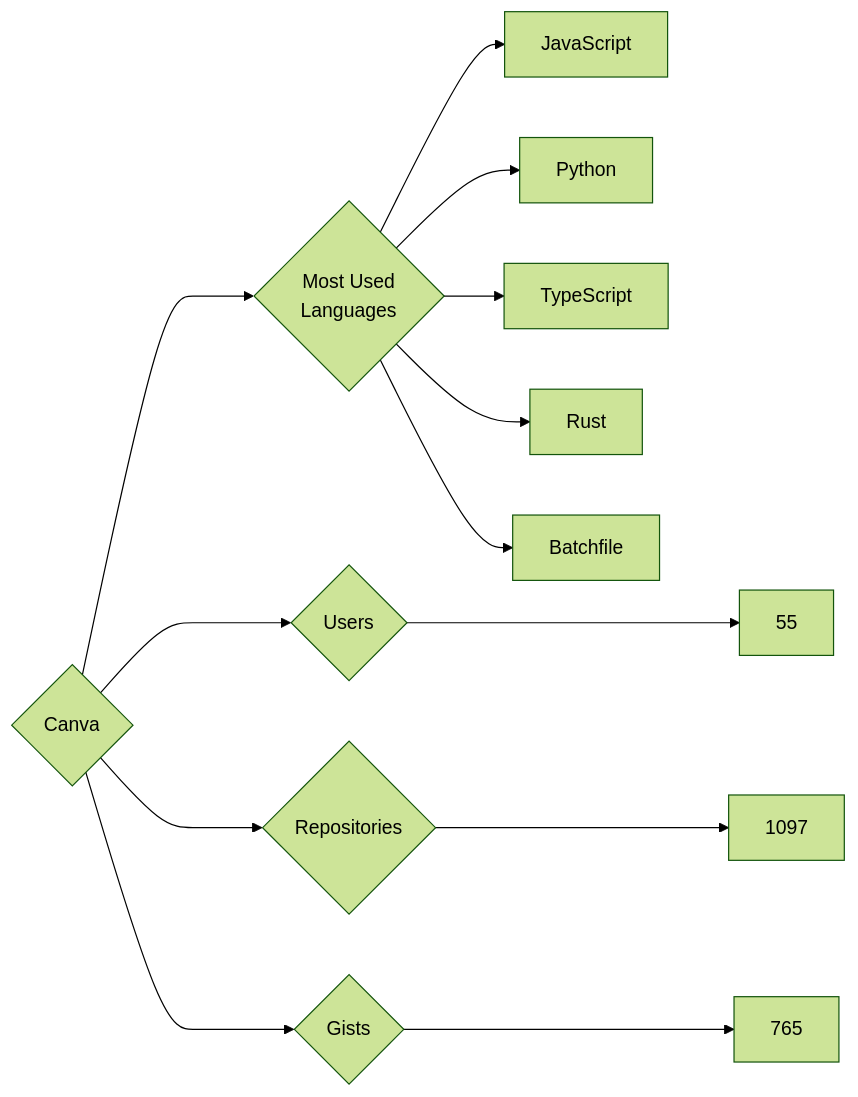
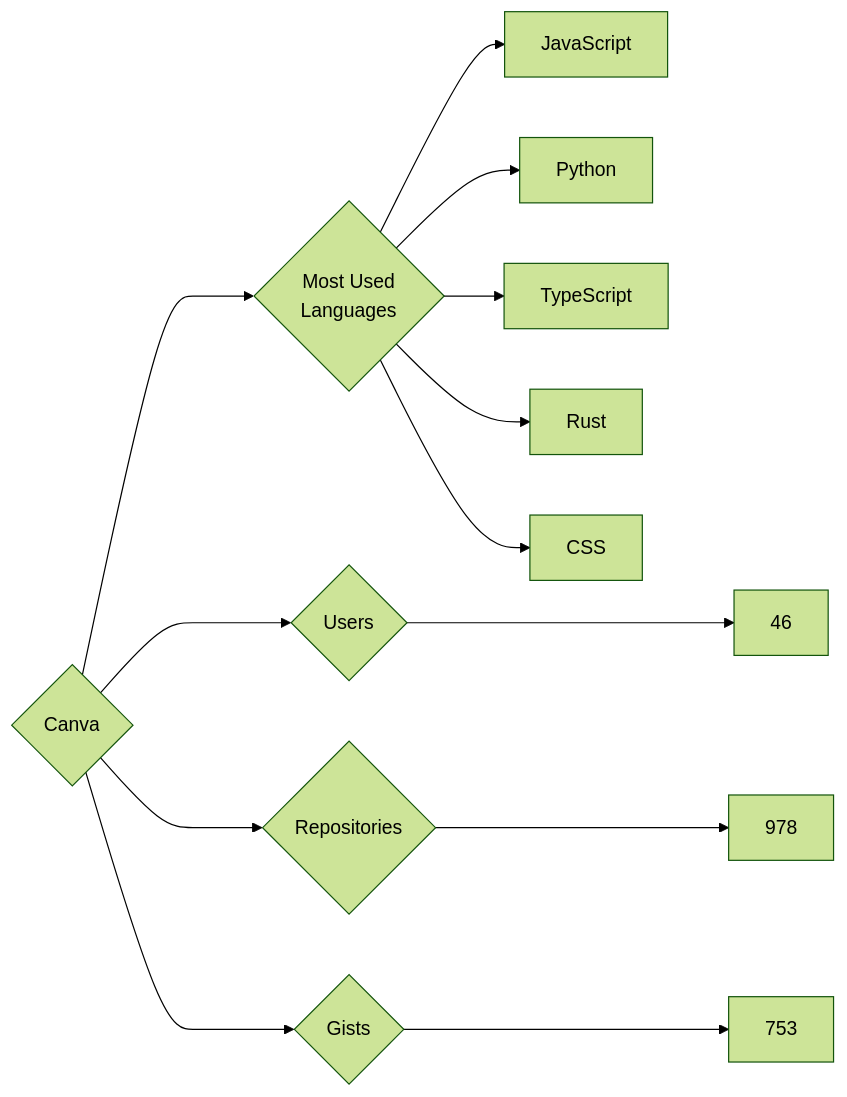
Before and after one commit to trickest/insiders: the diagram in targets/Canva/README.md, drawn with Mermaid (forest theme). The commit also changed 838 other files, not shown here.

````diff
--- a/targets/Canva/README.md
+++ b/targets/Canva/README.md
@@ -3,13 +3,13 @@
 ```mermaid
 graph LR
 COMPANY_NAME{Canva}
-COMPANY_NAME ---> U{Users} ---> UN[55]
-COMPANY_NAME ---> R{Repositories} ---> RN[1097]
-COMPANY_NAME ---> G{Gists} ---> GN[765]
+COMPANY_NAME ---> U{Users} ---> UN[46]
+COMPANY_NAME ---> R{Repositories} ---> RN[978]
+COMPANY_NAME ---> G{Gists} ---> GN[753]
 COMPANY_NAME ---> ML{Most Used<br>Languages}
 ML --> JavaScript[JavaScript]
 ML --> Python[Python]
 ML --> TypeScript[TypeScript]
 ML --> Rust[Rust]
-ML --> Batchfile[Batchfile]
+ML --> CSS[CSS]
 ```
````
